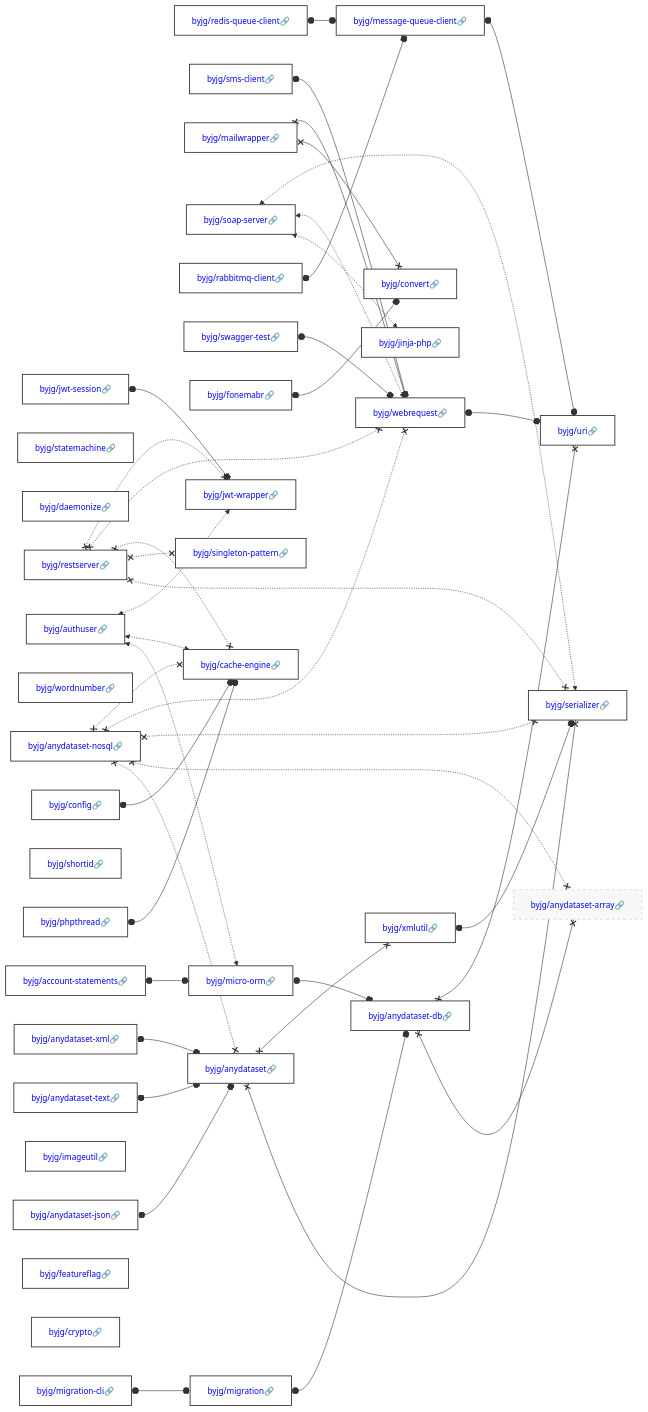
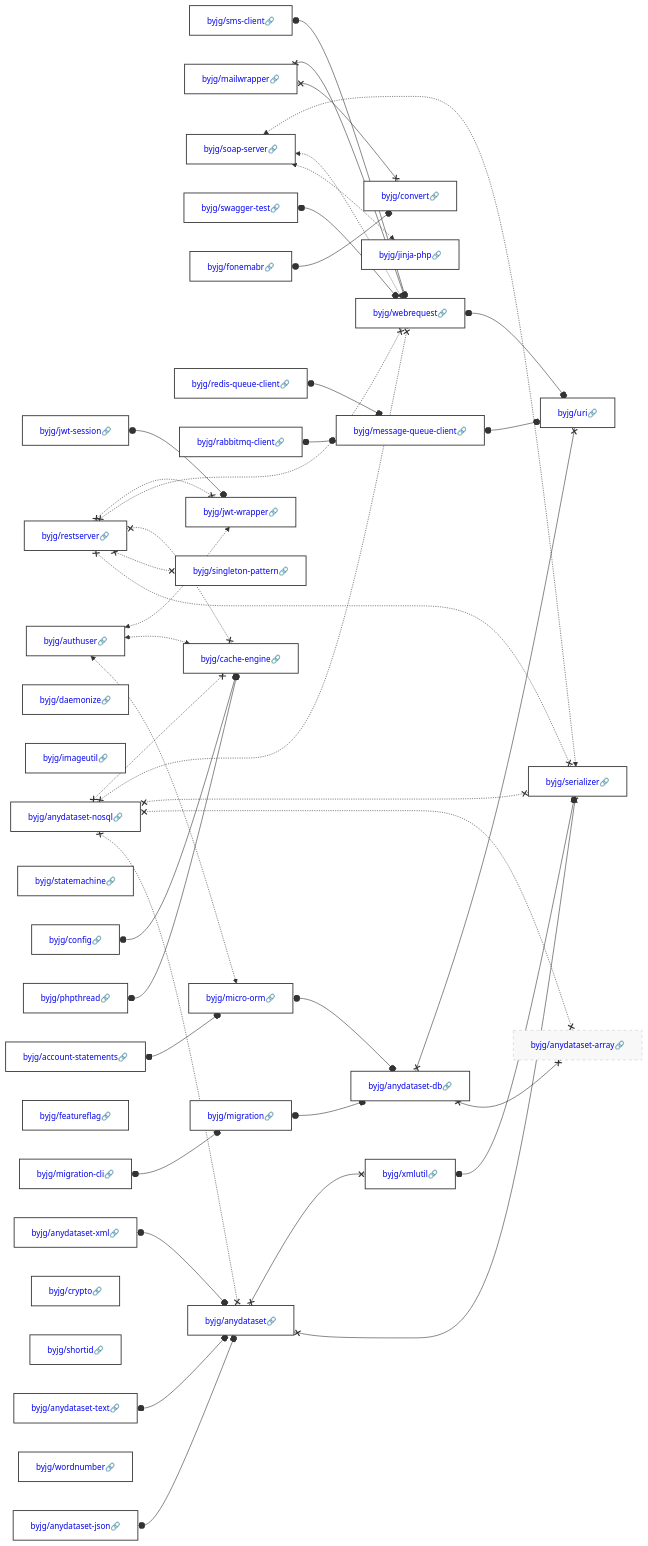
Before and after one commit to byjg/byjg.github.io: the diagram in docs/php/README.md, drawn with Mermaid. The commit also changed other lines of this file and 4 other files, not shown here.

Commit message:
Update documentation 'php' 'php-crypto'

````diff
--- a/docs/php/README.md
+++ b/docs/php/README.md
@@ -3,40 +3,40 @@
 ```mermaid
 graph LR;
+  byjg/sms-client[<a href='https://opensource.byjg.com/docs/php/sms-client' style='text-decoration:none'>byjg/sms-client🔗</a>];
+  byjg/mailwrapper[<a href='https://opensource.byjg.com/docs/php/mailwrapper' style='text-decoration:none'>byjg/mailwrapper🔗</a>];
   byjg/phpthread[<a href='https://opensource.byjg.com/docs/php/phpthread' style='text-decoration:none'>byjg/phpthread🔗</a>];
+  byjg/soap-server[<a href='https://opensource.byjg.com/docs/php/soap-server' style='text-decoration:none'>byjg/soap-server🔗</a>];
+  byjg/account-statements[<a href='https://opensource.byjg.com/docs/php/account-statements' style='text-decoration:none'>byjg/account-statements🔗</a>];
+  byjg/config[<a href='https://opensource.byjg.com/docs/php/config' style='text-decoration:none'>byjg/config🔗</a>];
+  byjg/daemonize[<a href='https://opensource.byjg.com/docs/php/daemonize' style='text-decoration:none'>byjg/daemonize🔗</a>];
+  byjg/imageutil[<a href='https://opensource.byjg.com/docs/php/imageutil' style='text-decoration:none'>byjg/imageutil🔗</a>];
+  byjg/anydataset-xml[<a href='https://opensource.byjg.com/docs/php/anydataset-xml' style='text-decoration:none'>byjg/anydataset-xml🔗</a>];
+  byjg/swagger-test[<a href='https://opensource.byjg.com/docs/php/swagger-test' style='text-decoration:none'>byjg/swagger-test🔗</a>];
+  byjg/fonemabr[<a href='https://opensource.byjg.com/docs/php/fonemabr' style='text-decoration:none'>byjg/fonemabr🔗</a>];
   byjg/statemachine[<a href='https://opensource.byjg.com/docs/php/statemachine' style='text-decoration:none'>byjg/statemachine🔗</a>];
-  byjg/redis-queue-client[<a href='https://opensource.byjg.com/docs/php/redis-queue-client' style='text-decoration:none'>byjg/redis-queue-client🔗</a>];
-  byjg/daemonize[<a href='https://opensource.byjg.com/docs/php/daemonize' style='text-decoration:none'>byjg/daemonize🔗</a>];
-  byjg/restserver[<a href='https://opensource.byjg.com/docs/php/restserver' style='text-decoration:none'>byjg/restserver🔗</a>];
-  byjg/sms-client[<a href='https://opensource.byjg.com/docs/php/sms-client' style='text-decoration:none'>byjg/sms-client🔗</a>];
-  byjg/anydataset-text[<a href='https://opensource.byjg.com/docs/php/anydataset-text' style='text-decoration:none'>byjg/anydataset-text🔗</a>];
-  byjg/wordnumber[<a href='https://opensource.byjg.com/docs/php/wordnumber' style='text-decoration:none'>byjg/wordnumber🔗</a>];
-  byjg/anydataset-xml[<a href='https://opensource.byjg.com/docs/php/anydataset-xml' style='text-decoration:none'>byjg/anydataset-xml🔗</a>];
-  byjg/jwt-session[<a href='https://opensource.byjg.com/docs/php/jwt-session' style='text-decoration:none'>byjg/jwt-session🔗</a>];
-  byjg/shortid[<a href='https://opensource.byjg.com/docs/php/shortid' style='text-decoration:none'>byjg/shortid🔗</a>];
   byjg/migration-cli[<a href='https://opensource.byjg.com/docs/php/migration-cli' style='text-decoration:none'>byjg/migration-cli🔗</a>];
   byjg/authuser[<a href='https://opensource.byjg.com/docs/php/authuser' style='text-decoration:none'>byjg/authuser🔗</a>];
-  byjg/mailwrapper[<a href='https://opensource.byjg.com/docs/php/mailwrapper' style='text-decoration:none'>byjg/mailwrapper🔗</a>];
-  byjg/soap-server[<a href='https://opensource.byjg.com/docs/php/soap-server' style='text-decoration:none'>byjg/soap-server🔗</a>];
+  byjg/anydataset-json[<a href='https://opensource.byjg.com/docs/php/anydataset-json' style='text-decoration:none'>byjg/anydataset-json🔗</a>];
+  byjg/featureflag[<a href='https://opensource.byjg.com/docs/php/featureflag' style='text-decoration:none'>byjg/featureflag🔗</a>];
+  byjg/restserver[<a href='https://opensource.byjg.com/docs/php/restserver' style='text-decoration:none'>byjg/restserver🔗</a>];
+  byjg/anydataset-text[<a href='https://opensource.byjg.com/docs/php/anydataset-text' style='text-decoration:none'>byjg/anydataset-text🔗</a>];
+  byjg/crypto[<a href='https://opensource.byjg.com/docs/php/crypto' style='text-decoration:none'>byjg/crypto🔗</a>];
+  byjg/shortid[<a href='https://opensource.byjg.com/docs/php/shortid' style='text-decoration:none'>byjg/shortid🔗</a>];
+  byjg/jwt-session[<a href='https://opensource.byjg.com/docs/php/jwt-session' style='text-decoration:none'>byjg/jwt-session🔗</a>];
+  byjg/wordnumber[<a href='https://opensource.byjg.com/docs/php/wordnumber' style='text-decoration:none'>byjg/wordnumber🔗</a>];
+  byjg/redis-queue-client[<a href='https://opensource.byjg.com/docs/php/redis-queue-client' style='text-decoration:none'>byjg/redis-queue-client🔗</a>];
+  byjg/anydataset-nosql[<a href='https://opensource.byjg.com/docs/php/anydataset-nosql' style='text-decoration:none'>byjg/anydataset-nosql🔗</a>];
   byjg/rabbitmq-client[<a href='https://opensource.byjg.com/docs/php/rabbitmq-client' style='text-decoration:none'>byjg/rabbitmq-client🔗</a>];
-  byjg/account-statements[<a href='https://opensource.byjg.com/docs/php/account-statements' style='text-decoration:none'>byjg/account-statements🔗</a>];
-  byjg/config[<a href='https://opensource.byjg.com/docs/php/config' style='text-decoration:none'>byjg/config🔗</a>];
-  byjg/imageutil[<a href='https://opensource.byjg.com/docs/php/imageutil' style='text-decoration:none'>byjg/imageutil🔗</a>];
-  byjg/anydataset-json[<a href='https://opensource.byjg.com/docs/php/anydataset-json' style='text-decoration:none'>byjg/anydataset-json🔗</a>];
-  byjg/swagger-test[<a href='https://opensource.byjg.com/docs/php/swagger-test' style='text-decoration:none'>byjg/swagger-test🔗</a>];
-  byjg/featureflag[<a href='https://opensource.byjg.com/docs/php/featureflag' style='text-decoration:none'>byjg/featureflag🔗</a>];
-  byjg/fonemabr[<a href='https://opensource.byjg.com/docs/php/fonemabr' style='text-decoration:none'>byjg/fonemabr🔗</a>];
-  byjg/crypto[<a href='https://opensource.byjg.com/docs/php/crypto' style='text-decoration:none'>byjg/crypto🔗</a>];
-  byjg/anydataset-nosql[<a href='https://opensource.byjg.com/docs/php/anydataset-nosql' style='text-decoration:none'>byjg/anydataset-nosql🔗</a>];
+  byjg/jinja-php[<a href='https://opensource.byjg.com/docs/php/jinja-php' style='text-decoration:none'>byjg/jinja-php🔗</a>];
+  byjg/convert[<a href='https://opensource.byjg.com/docs/php/convert' style='text-decoration:none'>byjg/convert🔗</a>];
+  byjg/migration[<a href='https://opensource.byjg.com/docs/php/migration' style='text-decoration:none'>byjg/migration🔗</a>];
+  byjg/micro-orm[<a href='https://opensource.byjg.com/docs/php/micro-orm' style='text-decoration:none'>byjg/micro-orm🔗</a>];
   byjg/singleton-pattern[<a href='https://opensource.byjg.com/docs/php/singleton-pattern' style='text-decoration:none'>byjg/singleton-pattern🔗</a>];
-  byjg/migration[<a href='https://opensource.byjg.com/docs/php/migration' style='text-decoration:none'>byjg/migration🔗</a>];
   byjg/jwt-wrapper[<a href='https://opensource.byjg.com/docs/php/jwt-wrapper' style='text-decoration:none'>byjg/jwt-wrapper🔗</a>];
-  byjg/jinja-php[<a href='https://opensource.byjg.com/docs/php/jinja-php' style='text-decoration:none'>byjg/jinja-php🔗</a>];
-  byjg/message-queue-client[<a href='https://opensource.byjg.com/docs/php/message-queue-client' style='text-decoration:none'>byjg/message-queue-client🔗</a>];
-  byjg/micro-orm[<a href='https://opensource.byjg.com/docs/php/micro-orm' style='text-decoration:none'>byjg/micro-orm🔗</a>];
-  byjg/convert[<a href='https://opensource.byjg.com/docs/php/convert' style='text-decoration:none'>byjg/convert🔗</a>];
   byjg/anydataset[<a href='https://opensource.byjg.com/docs/php/anydataset' style='text-decoration:none'>byjg/anydataset🔗</a>];
   byjg/webrequest[<a href='https://opensource.byjg.com/docs/php/webrequest' style='text-decoration:none'>byjg/webrequest🔗</a>];
   byjg/cache-engine[<a href='https://opensource.byjg.com/docs/php/cache-engine' style='text-decoration:none'>byjg/cache-engine🔗</a>];
+  byjg/message-queue-client[<a href='https://opensource.byjg.com/docs/php/message-queue-client' style='text-decoration:none'>byjg/message-queue-client🔗</a>];
   byjg/anydataset-db[<a href='https://opensource.byjg.com/docs/php/anydataset-db' style='text-decoration:none'>byjg/anydataset-db🔗</a>];
   byjg/xmlutil[<a href='https://opensource.byjg.com/docs/php/xmlutil' style='text-decoration:none'>byjg/xmlutil🔗</a>];
   byjg/anydataset-array[<a href='https://opensource.byjg.com/docs/php/anydataset-array' style='text-decoration:none'>byjg/anydataset-array🔗</a>];
````
